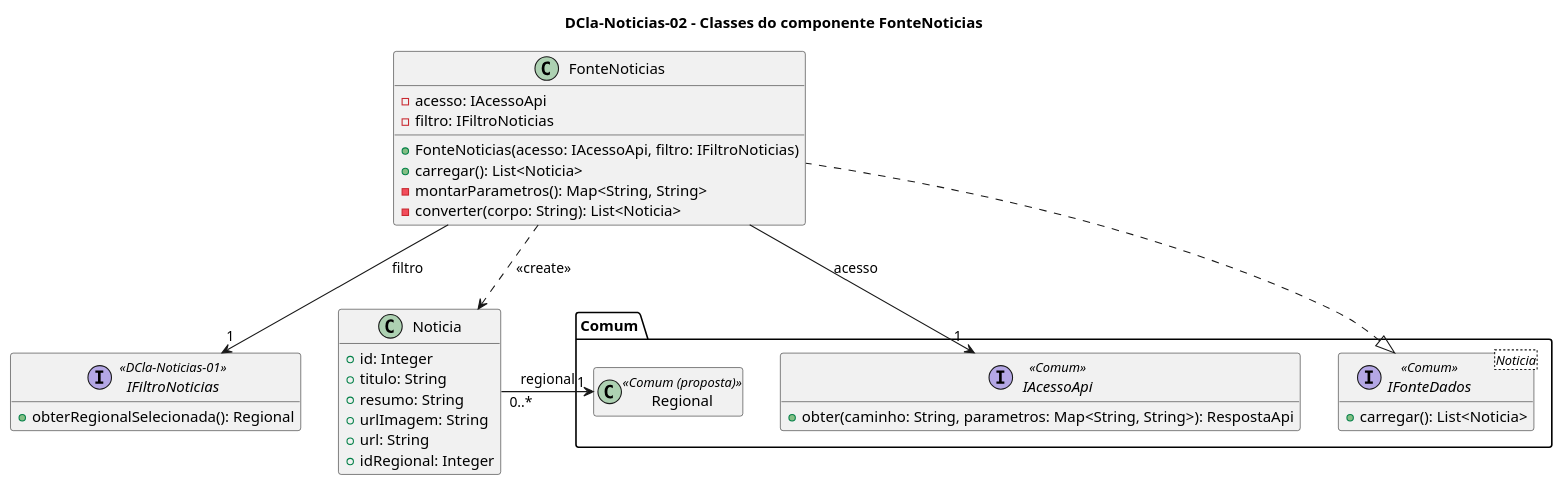
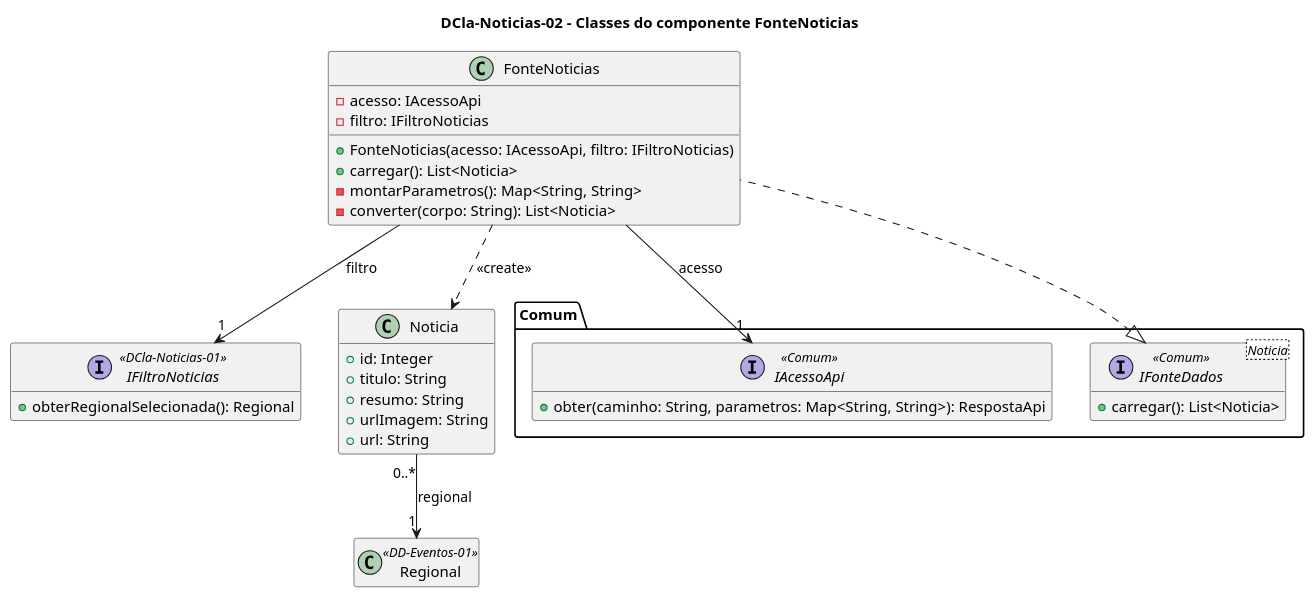
One commit to joseduardogon/Minha_UFG_Grupo_Cinza changed the diagram in Noticias/DCla-Noticias-02.puml. Above: the diagram before and after it, drawn with PlantUML. The commit also changed 43 other files, not shown here.

```diff
--- a/Noticias/DCla-Noticias-02.puml
+++ b/Noticias/DCla-Noticias-02.puml
@@ -1,42 +1,42 @@
 @startuml DCla-Noticias-02
 title DCla-Noticias-02 – Classes do componente FonteNoticias
 hide empty members
 
 package "Comum" {
   interface "IFonteDados<Noticia>" as IFonteDados <<Comum>> {
     + carregar(): List<Noticia>
   }
   interface IAcessoApi <<Comum>> {
     + obter(caminho: String, parametros: Map<String, String>): RespostaApi
   }
-  class Regional <<Comum (proposta)>>
 }
 
 interface IFiltroNoticias <<DCla-Noticias-01>> {
   + obterRegionalSelecionada(): Regional
 }
 
 class FonteNoticias {
   - acesso: IAcessoApi
   - filtro: IFiltroNoticias
   + FonteNoticias(acesso: IAcessoApi, filtro: IFiltroNoticias)
   + carregar(): List<Noticia>
   - montarParametros(): Map<String, String>
   - converter(corpo: String): List<Noticia>
 }
 
+class Regional <<DD-Eventos-01>>
+
 class Noticia {
   + id: Integer
   + titulo: String
   + resumo: String
   + urlImagem: String
   + url: String
-  + idRegional: Integer
 }
 
 IFonteDados <|.. FonteNoticias
 FonteNoticias --> "1" IAcessoApi : acesso
 FonteNoticias --> "1" IFiltroNoticias : filtro
 FonteNoticias ..> Noticia : <<create>>
 Noticia "0..*" --> "1" Regional : regional
 @enduml
```
